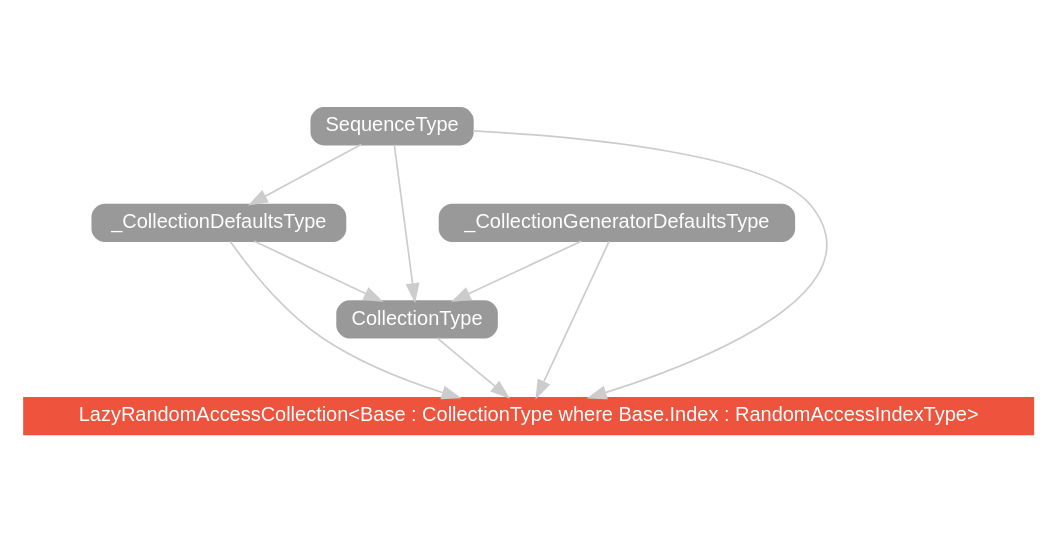
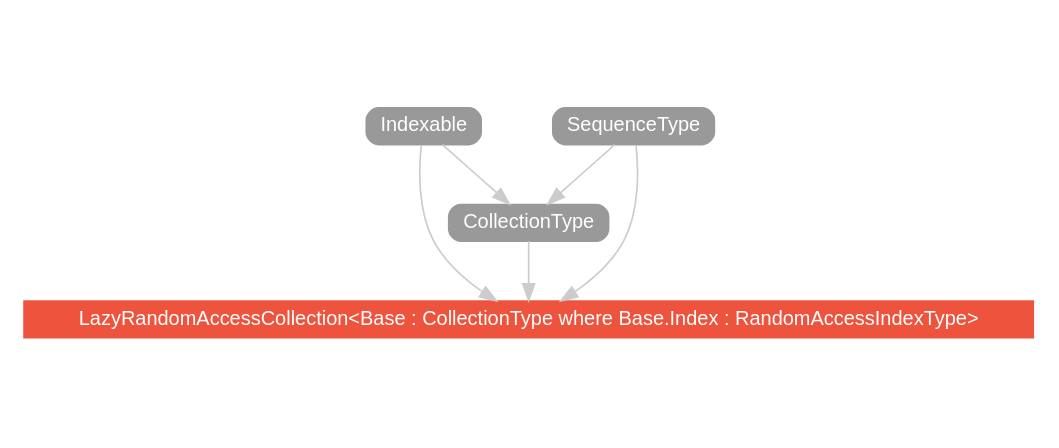
The diagram in swift-2/type/LazyRandomAccessCollection/hierarchy/index.dot (SwiftDoc/SwiftDoc.github.io), drawn with Graphviz before and after one commit. The commit also changed 1118 other files, not shown here.

```diff
--- a/swift-2/type/LazyRandomAccessCollection/hierarchy/index.dot
+++ b/swift-2/type/LazyRandomAccessCollection/hierarchy/index.dot
@@ -1,21 +1,16 @@
 strict digraph "LazyRandomAccessCollection<Base : CollectionType where Base.Index : RandomAccessIndexType> - Type Hierarchy - SwiftDoc.org" {
     pad="0.1,0.8"
     node [shape=box, style="filled,rounded", color="#999999", fillcolor="#999999", fontcolor=white, fontname=Helvetica, fontnames="Helvetica,sansserif", fontsize=12, margin="0.07,0.05", height="0.3"]
     edge [color="#cccccc"]
     "CollectionType" [URL="/protocol/CollectionType/"]
+    "Indexable" [URL="/protocol/Indexable/"]
     "LazyRandomAccessCollection<Base : CollectionType where Base.Index : RandomAccessIndexType>" [URL="/type/LazyRandomAccessCollection/", style="filled", fillcolor="#ee543d", color="#ee543d"]
-    "SequenceType" [URL="/protocol/SequenceType/"]
-    "_CollectionDefaultsType" [URL="/protocol/_CollectionDefaultsType/"]
-    "_CollectionGeneratorDefaultsType" [URL="/protocol/_CollectionGeneratorDefaultsType/"]    "CollectionType" -> "LazyRandomAccessCollection<Base : CollectionType where Base.Index : RandomAccessIndexType>"
+    "SequenceType" [URL="/protocol/SequenceType/"]    "CollectionType" -> "LazyRandomAccessCollection<Base : CollectionType where Base.Index : RandomAccessIndexType>"
+    "Indexable" -> "LazyRandomAccessCollection<Base : CollectionType where Base.Index : RandomAccessIndexType>"
     "SequenceType" -> "LazyRandomAccessCollection<Base : CollectionType where Base.Index : RandomAccessIndexType>"
-    "_CollectionDefaultsType" -> "LazyRandomAccessCollection<Base : CollectionType where Base.Index : RandomAccessIndexType>"
-    "_CollectionGeneratorDefaultsType" -> "LazyRandomAccessCollection<Base : CollectionType where Base.Index : RandomAccessIndexType>"
+    "Indexable" -> "CollectionType"
     "SequenceType" -> "CollectionType"
-    "_CollectionDefaultsType" -> "CollectionType"
-    "_CollectionGeneratorDefaultsType" -> "CollectionType"
-    "SequenceType" -> "_CollectionDefaultsType"
-    "SequenceType" -> "_CollectionDefaultsType"
     subgraph Types {
         rank = max; "LazyRandomAccessCollection<Base : CollectionType where Base.Index : RandomAccessIndexType>";
     }
 }
```
